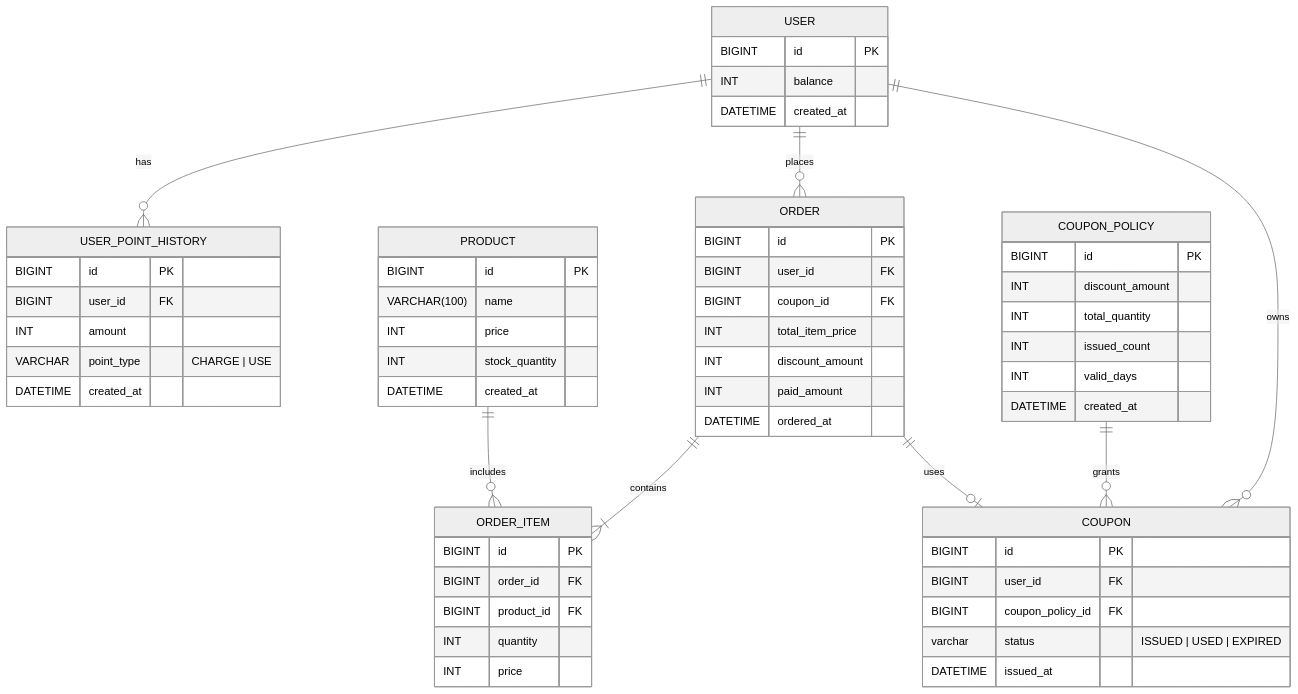
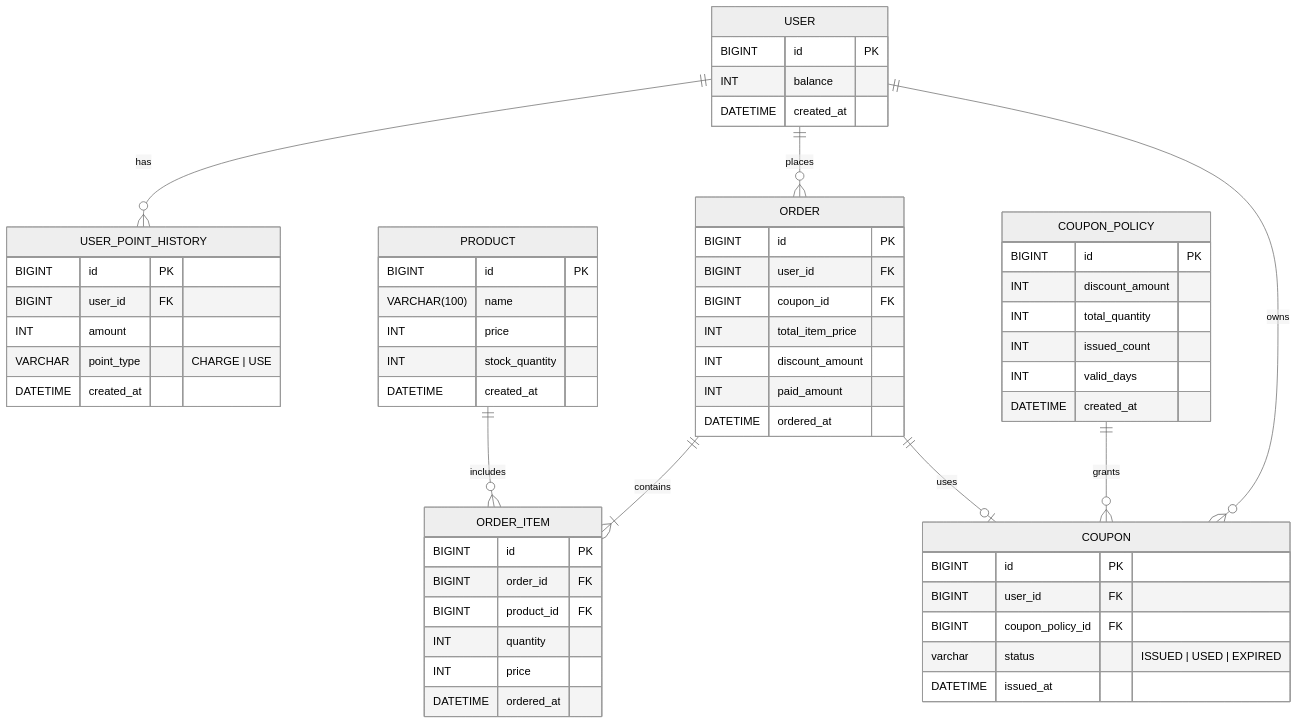
The diagram in docs/03_entity_relationship_diagram.md (eunsol-an/e-commerce-server), drawn with Mermaid (neutral theme) before and after one commit. The commit also changed other lines of this file and 4 other files, not shown here.

````diff
--- a/docs/03_entity_relationship_diagram.md
+++ b/docs/03_entity_relationship_diagram.md
@@ -16,69 +16,70 @@
 ```mermaid
 erDiagram
     USER {
         BIGINT id PK
         INT balance
         DATETIME created_at
     }
 
     USER_POINT_HISTORY {
         BIGINT id PK
         BIGINT user_id FK
         INT amount
         VARCHAR point_type "CHARGE | USE"
         DATETIME created_at
     }
 
     PRODUCT {
         BIGINT id PK
         VARCHAR(100) name
         INT price
         INT stock_quantity
         DATETIME created_at
     }
 
     "ORDER" {
         BIGINT id PK
         BIGINT user_id FK
         BIGINT coupon_id FK
         INT total_item_price
         INT discount_amount
         INT paid_amount
         DATETIME ordered_at
     }
 
     ORDER_ITEM {
         BIGINT id PK
         BIGINT order_id FK
         BIGINT product_id FK
         INT quantity
         INT price
+        DATETIME ordered_at
     }
 
     COUPON_POLICY {
         BIGINT id PK
         INT discount_amount
         INT total_quantity
         INT issued_count
         INT valid_days
         DATETIME created_at
     }
 
     COUPON {
         BIGINT id PK
         BIGINT user_id FK
         BIGINT coupon_policy_id FK
         varchar status "ISSUED | USED | EXPIRED"
         DATETIME issued_at
     }
 
     %% 관계 설정
     USER ||--o{ USER_POINT_HISTORY : has
     USER ||--o{ "ORDER" : places
     USER ||--o{ COUPON : owns
     PRODUCT ||--o{ ORDER_ITEM : includes
     "ORDER" ||--|{ ORDER_ITEM : contains
     "ORDER" ||--o| COUPON : uses
     COUPON_POLICY ||--o{ COUPON : grants
 
 ```
````
